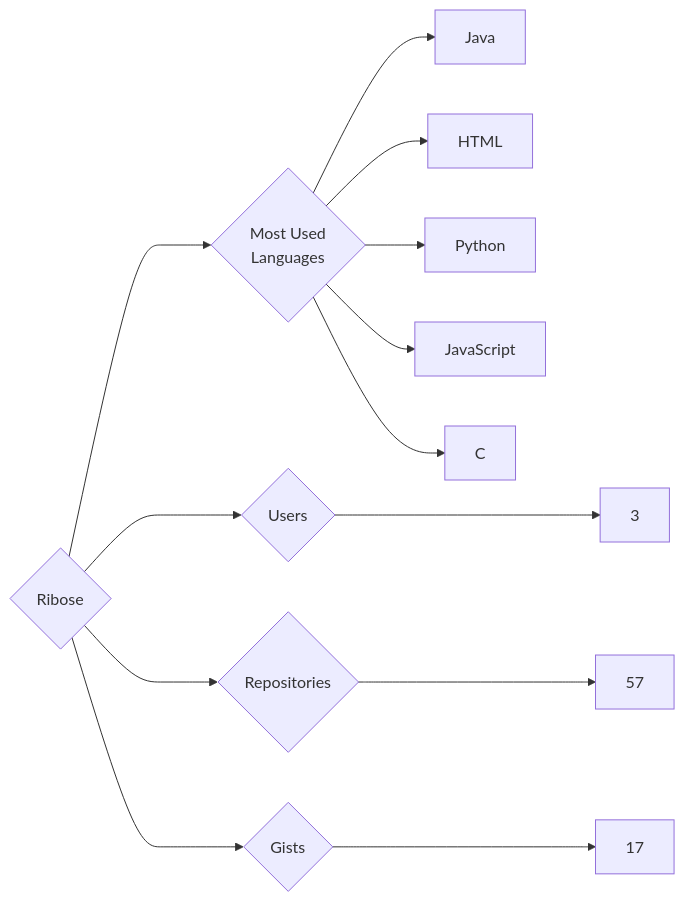
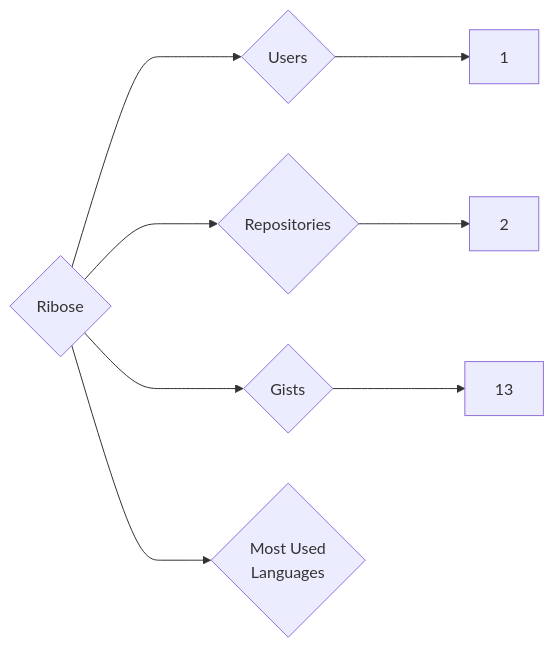
Before and after one commit to trickest/insiders: the diagram in targets/Ribose/README.md, drawn with Mermaid. The commit also changed 787 other files, not shown here.

````diff
--- a/targets/Ribose/README.md
+++ b/targets/Ribose/README.md
@@ -3,13 +3,8 @@
 ```mermaid
 graph LR
 COMPANY_NAME{Ribose}
-COMPANY_NAME ---> U{Users} ---> UN[3]
-COMPANY_NAME ---> R{Repositories} ---> RN[57]
-COMPANY_NAME ---> G{Gists} ---> GN[17]
+COMPANY_NAME ---> U{Users} ---> UN[1]
+COMPANY_NAME ---> R{Repositories} ---> RN[2]
+COMPANY_NAME ---> G{Gists} ---> GN[13]
 COMPANY_NAME ---> ML{Most Used<br>Languages}
-ML --> Java[Java]
-ML --> HTML[HTML]
-ML --> Python[Python]
-ML --> JavaScript[JavaScript]
-ML --> C[C]
 ```
````
